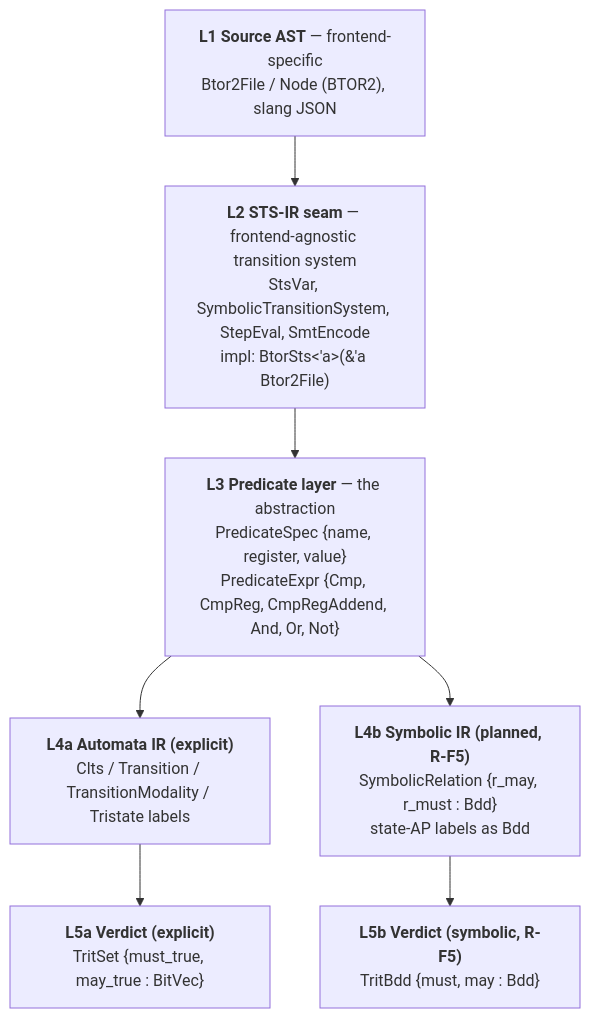
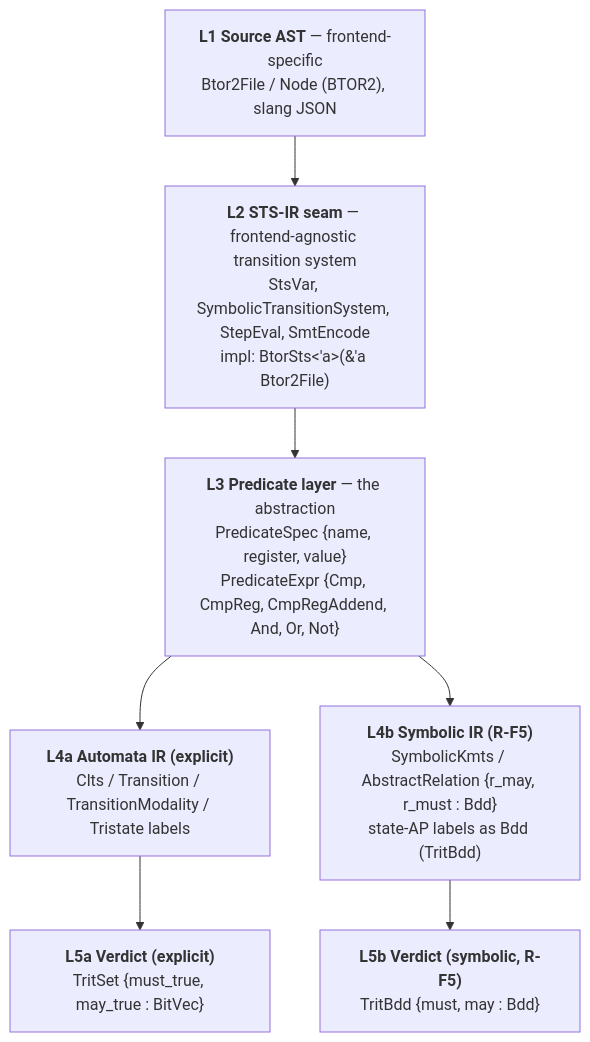
The third of 9 diagrams in docs/design/post-rf5-architecture.md (vscorza/mununu), drawn with Mermaid before and after one commit. The commit also changed other lines of this file and 2 other files, not shown here.

````diff
--- a/docs/design/post-rf5-architecture.md
+++ b/docs/design/post-rf5-architecture.md
@@ -104,14 +107,14 @@
 ```mermaid
 flowchart TD
   L1["<b>L1 Source AST</b> — frontend-specific<br/>Btor2File / Node (BTOR2), slang JSON"]
   L2["<b>L2 STS-IR seam</b> — frontend-agnostic transition system<br/>StsVar, SymbolicTransitionSystem, StepEval, SmtEncode<br/>impl: BtorSts&lt;'a&gt;(&amp;'a Btor2File)"]
   L3["<b>L3 Predicate layer</b> — the abstraction<br/>PredicateSpec {name, register, value}<br/>PredicateExpr {Cmp, CmpReg, CmpRegAddend, And, Or, Not}"]
   L4A["<b>L4a Automata IR (explicit)</b><br/>Clts / Transition / TransitionModality / Tristate labels"]
-  L4B["<b>L4b Symbolic IR (planned, R-F5)</b><br/>SymbolicRelation {r_may, r_must : Bdd}<br/>state-AP labels as Bdd"]
+  L4B["<b>L4b Symbolic IR (R-F5)</b><br/>SymbolicKmts / AbstractRelation {r_may, r_must : Bdd}<br/>state-AP labels as Bdd (TritBdd)"]
   L5A["<b>L5a Verdict (explicit)</b><br/>TritSet {must_true, may_true : BitVec}"]
   L5B["<b>L5b Verdict (symbolic, R-F5)</b><br/>TritBdd {must, may : Bdd}"]
 
   L1 --> L2 --> L3
   L3 --> L4A --> L5A
   L3 --> L4B --> L5B
 ```
````
